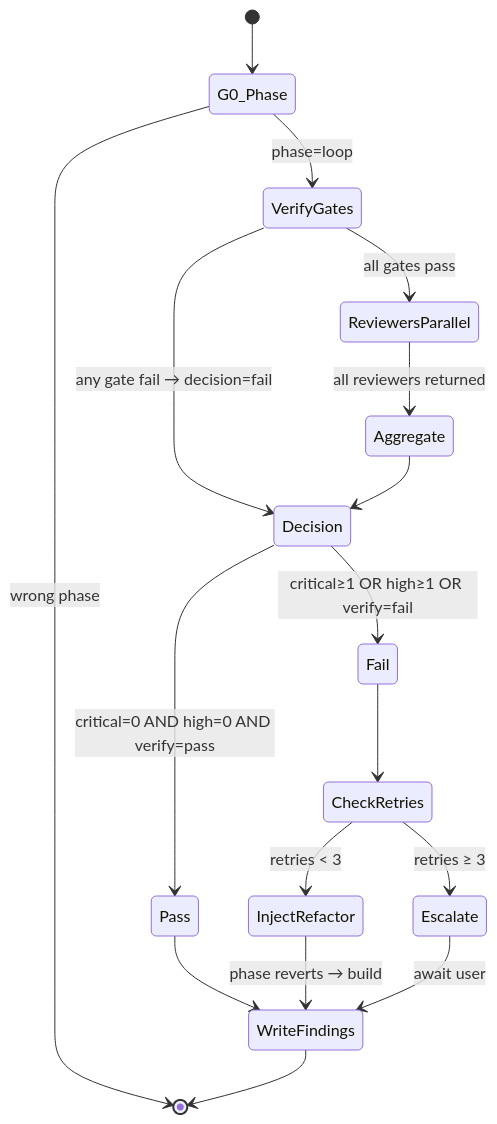
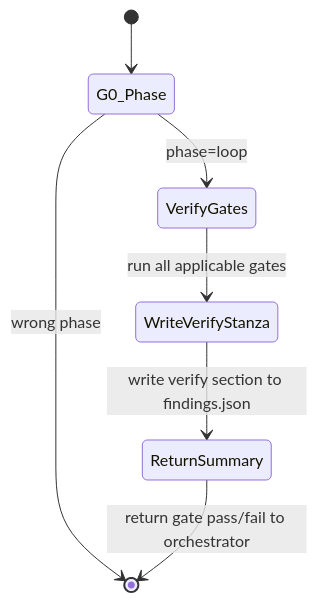
Before and after one commit to taipt1504/claudehut: the diagram in agents/claudehut-verifier.md, drawn with Mermaid. The commit also changed other lines of this file and 21 other files, not shown here.

````diff
--- a/agents/claudehut-verifier.md
+++ b/agents/claudehut-verifier.md
@@ -15,19 +15,9 @@
 ```mermaid
 stateDiagram-v2
     [*] --> G0_Phase
     G0_Phase --> [*]: wrong phase
     G0_Phase --> VerifyGates: phase=loop
-    VerifyGates --> Decision: any gate fail → decision=fail
-    VerifyGates --> ReviewersParallel: all gates pass
-    ReviewersParallel --> Aggregate: all reviewers returned
-    Aggregate --> Decision
-    Decision --> Pass: critical=0 AND high=0 AND verify=pass
-    Decision --> Fail: critical≥1 OR high≥1 OR verify=fail
-    Pass --> WriteFindings
-    Fail --> CheckRetries
-    CheckRetries --> InjectRefactor: retries < 3
-    CheckRetries --> Escalate: retries ≥ 3
-    InjectRefactor --> WriteFindings: phase reverts → build
-    Escalate --> WriteFindings: await user
-    WriteFindings --> [*]
+    VerifyGates --> WriteVerifyStanza: run all applicable gates
+    WriteVerifyStanza --> ReturnSummary: write verify section to findings.json
+    ReturnSummary --> [*]: return gate pass/fail to orchestrator
 ```
````
